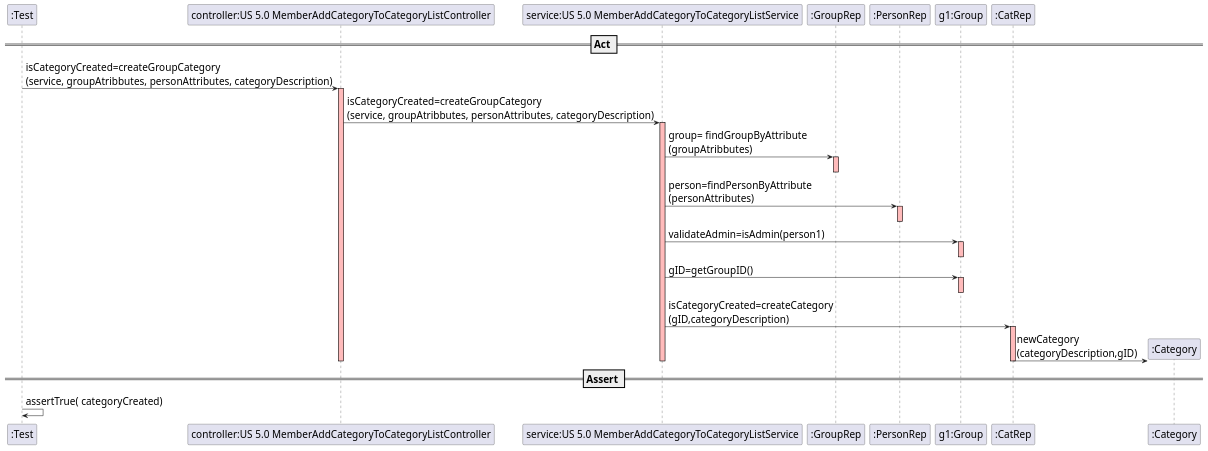
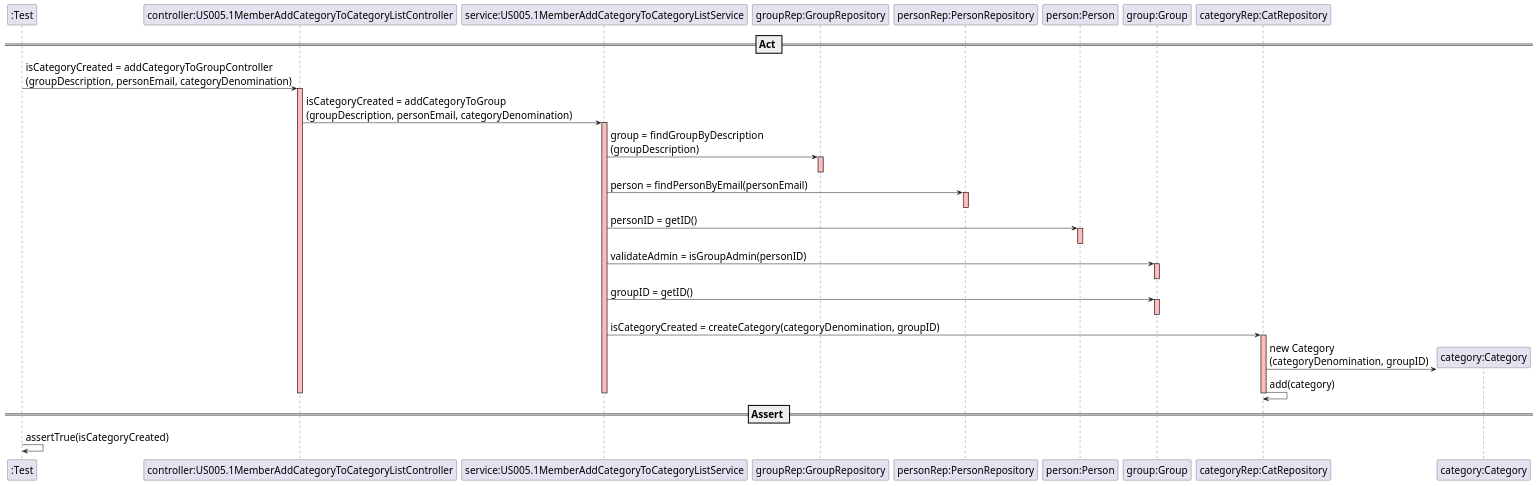
The diagram in src/main/java/switch2019/project/controllers/US005_1AdminAddsCategorySD.puml (mleitaoribeiro/DevOpsMaven), drawn with PlantUML before and after one commit. The commit also changed 2 other files, not shown here.

```diff
--- a/src/main/java/switch2019/project/controllers/US005_1AdminAddsCategorySD.puml
+++ b/src/main/java/switch2019/project/controllers/US005_1AdminAddsCategorySD.puml
@@ -1,41 +1,49 @@
 @startuml
 skinparam DefaultFontSize 20
+
 participant ":Test"
 
+participant "controller:US005.1MemberAddCategoryToCategoryListController"
+
 == Act ==
-":Test" -> "controller:US 5.0 MemberAddCategoryToCategoryListController" :isCategoryCreated=createGroupCategory\n(service, groupAtribbutes, personAttributes, categoryDescription)
-activate "controller:US 5.0 MemberAddCategoryToCategoryListController" #FFBBBB
+":Test" -> "controller:US005.1MemberAddCategoryToCategoryListController" :isCategoryCreated = addCategoryToGroupController\n(groupDescription, personEmail, categoryDenomination)
+activate "controller:US005.1MemberAddCategoryToCategoryListController" #FFBBBB
 
-"controller:US 5.0 MemberAddCategoryToCategoryListController"-> "service:US 5.0 MemberAddCategoryToCategoryListService":isCategoryCreated=createGroupCategory\n(service, groupAtribbutes, personAttributes, categoryDescription)
-activate "service:US 5.0 MemberAddCategoryToCategoryListService" #FFBBBB
+"controller:US005.1MemberAddCategoryToCategoryListController"-> "service:US005.1MemberAddCategoryToCategoryListService":isCategoryCreated = addCategoryToGroup\n(groupDescription, personEmail, categoryDenomination)
+activate "service:US005.1MemberAddCategoryToCategoryListService" #FFBBBB
 
-"service:US 5.0 MemberAddCategoryToCategoryListService"->":GroupRep":group= findGroupByAttribute\n(groupAtribbutes)
-activate ":GroupRep" #FFBBBB
-deactivate ":GroupRep"
+"service:US005.1MemberAddCategoryToCategoryListService"->"groupRep:GroupRepository":group = findGroupByDescription\n(groupDescription)
+activate "groupRep:GroupRepository" #FFBBBB
+deactivate "groupRep:GroupRepository"
 
-"service:US 5.0 MemberAddCategoryToCategoryListService"->":PersonRep": person=findPersonByAttribute\n(personAttributes)
-activate ":PersonRep" #FFBBBB
-deactivate ":PersonRep"
+"service:US005.1MemberAddCategoryToCategoryListService"->"personRep:PersonRepository": person = findPersonByEmail(personEmail)
+activate "personRep:PersonRepository" #FFBBBB
+deactivate "personRep:PersonRepository"
 
-"service:US 5.0 MemberAddCategoryToCategoryListService"->"g1:Group": validateAdmin=isAdmin(person1)
-activate "g1:Group" #FFBBBB
-deactivate "g1:Group"
+"service:US005.1MemberAddCategoryToCategoryListService"->"person:Person": personID = getID()
+activate "person:Person" #FFBBBB
+deactivate "person:Person"
 
-"service:US 5.0 MemberAddCategoryToCategoryListService"->"g1:Group": gID=getGroupID()
-activate "g1:Group" #FFBBBB
-deactivate "g1:Group"
+"service:US005.1MemberAddCategoryToCategoryListService"->"group:Group": validateAdmin = isGroupAdmin(personID)
+activate "group:Group" #FFBBBB
+deactivate "group:Group"
 
-"service:US 5.0 MemberAddCategoryToCategoryListService"->":CatRep":isCategoryCreated=createCategory\n(gID,categoryDescription)
-activate ":CatRep" #FFBBBB
+"service:US005.1MemberAddCategoryToCategoryListService"->"group:Group": groupID = getID()
+activate "group:Group" #FFBBBB
+deactivate "group:Group"
 
-create ":Category"
-":CatRep"->":Category":newCategory\n(categoryDescription,gID)
+"service:US005.1MemberAddCategoryToCategoryListService"->"categoryRep:CatRepository":isCategoryCreated = createCategory(categoryDenomination, groupID)
+activate "categoryRep:CatRepository" #FFBBBB
 
-deactivate ":CatRep"
-deactivate "service:US 5.0 MemberAddCategoryToCategoryListService"
-deactivate "controller:US 5.0 MemberAddCategoryToCategoryListController"
+create "category:Category"
+"categoryRep:CatRepository"->"category:Category":new Category\n(categoryDenomination, groupID)
+"categoryRep:CatRepository"->"categoryRep:CatRepository": add(category)
+
+deactivate "categoryRep:CatRepository"
+deactivate "service:US005.1MemberAddCategoryToCategoryListService"
+deactivate "controller:US005.1MemberAddCategoryToCategoryListController"
 
 
 == Assert ==
-":Test" -> ":Test" : assertTrue( categoryCreated)
+":Test" -> ":Test" : assertTrue(isCategoryCreated)
 @enduml
```
